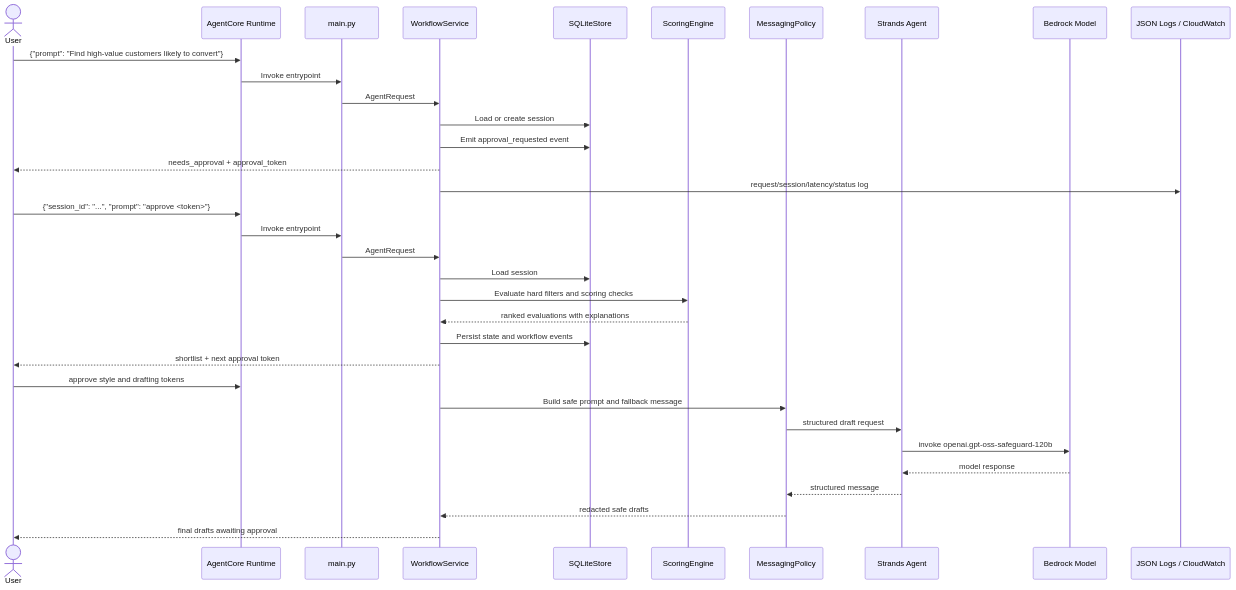
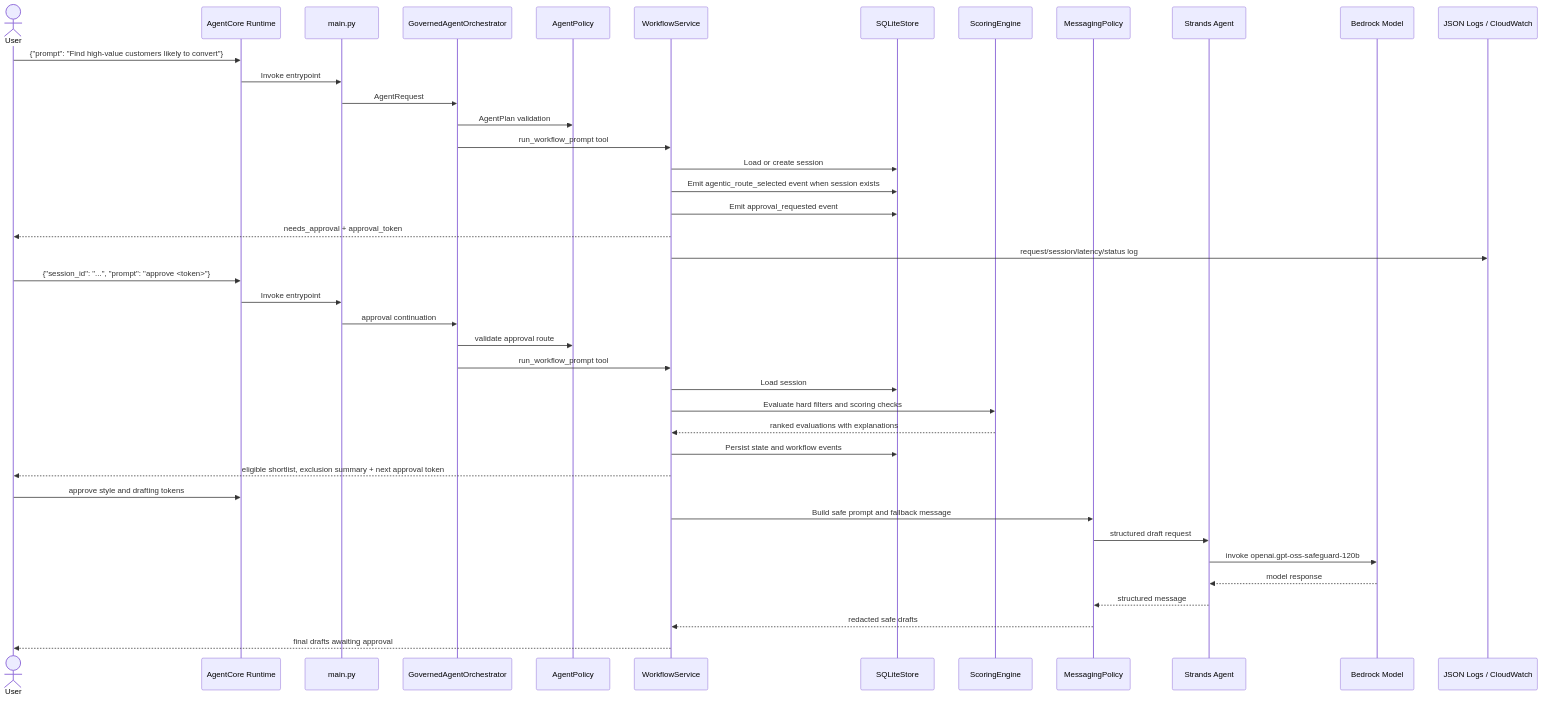
Before and after one commit to sandivya/businessnext_hiring: the third of 3 diagrams in workflow.md, drawn with Mermaid. The commit also changed other lines of this file and 16 other files, not shown here.

Commit message:
Add governed agentic orchestration

````diff
--- a/workflow.md
+++ b/workflow.md
@@ -80,39 +85,46 @@
 ```mermaid
 sequenceDiagram
     actor User
     participant AC as AgentCore Runtime
     participant Main as main.py
+    participant Router as GovernedAgentOrchestrator
+    participant Policy as AgentPolicy
     participant WF as WorkflowService
     participant Repo as SQLiteStore
     participant Rules as ScoringEngine
     participant Msg as MessagingPolicy
     participant Strands as Strands Agent
     participant Bedrock as Bedrock Model
     participant Obs as JSON Logs / CloudWatch
 
     User->>AC: {"prompt": "Find high-value customers likely to convert"}
     AC->>Main: Invoke entrypoint
-    Main->>WF: AgentRequest
+    Main->>Router: AgentRequest
+    Router->>Policy: AgentPlan validation
+    Router->>WF: run_workflow_prompt tool
     WF->>Repo: Load or create session
+    WF->>Repo: Emit agentic_route_selected event when session exists
     WF->>Repo: Emit approval_requested event
     WF-->>User: needs_approval + approval_token
     WF->>Obs: request/session/latency/status log
 
     User->>AC: {"session_id": "...", "prompt": "approve <token>"}
     AC->>Main: Invoke entrypoint
-    Main->>WF: AgentRequest
+    Main->>Router: approval continuation
+    Router->>Policy: validate approval route
+    Router->>WF: run_workflow_prompt tool
     WF->>Repo: Load session
     WF->>Rules: Evaluate hard filters and scoring checks
     Rules-->>WF: ranked evaluations with explanations
     WF->>Repo: Persist state and workflow events
-    WF-->>User: shortlist + next approval token
+    WF-->>User: eligible shortlist, exclusion summary + next approval token
 
     User->>AC: approve style and drafting tokens
     WF->>Msg: Build safe prompt and fallback message
     Msg->>Strands: structured draft request
     Strands->>Bedrock: invoke openai.gpt-oss-safeguard-120b
     Bedrock-->>Strands: model response
     Strands-->>Msg: structured message
     Msg-->>WF: redacted safe drafts
     WF-->>User: final drafts awaiting approval
 ```
````
